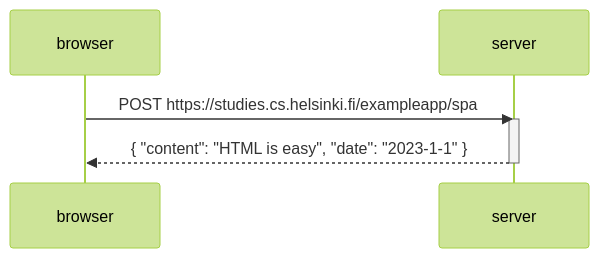
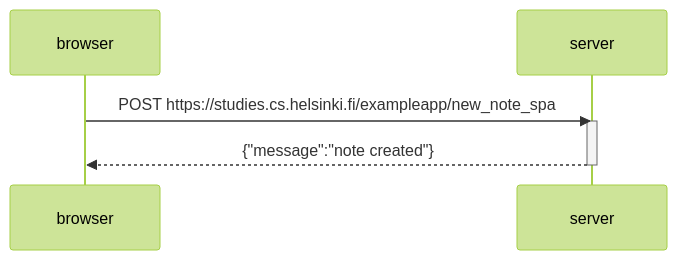
The diagram in osa0/diagram3.md (pncegabby/fullstackopen), drawn with Mermaid (forest theme) before and after one commit. The commit also changed 1 other file, not shown here.

Commit message:
osa0: refinements

````diff
--- a/osa0/diagram3.md
+++ b/osa0/diagram3.md
@@ -1,11 +1,11 @@
 ```mermaid
     sequenceDiagram
     participant browser
     participant server
     
-    browser->>server: POST https://studies.cs.helsinki.fi/exampleapp/spa
+    browser->>server: POST https://studies.cs.helsinki.fi/exampleapp/new_note_spa
     activate server
-    server-->>browser: { "content": "HTML is easy", "date": "2023-1-1" }
+    server-->>browser: {"message":"note created"}
     deactivate server
     
 ```
````
